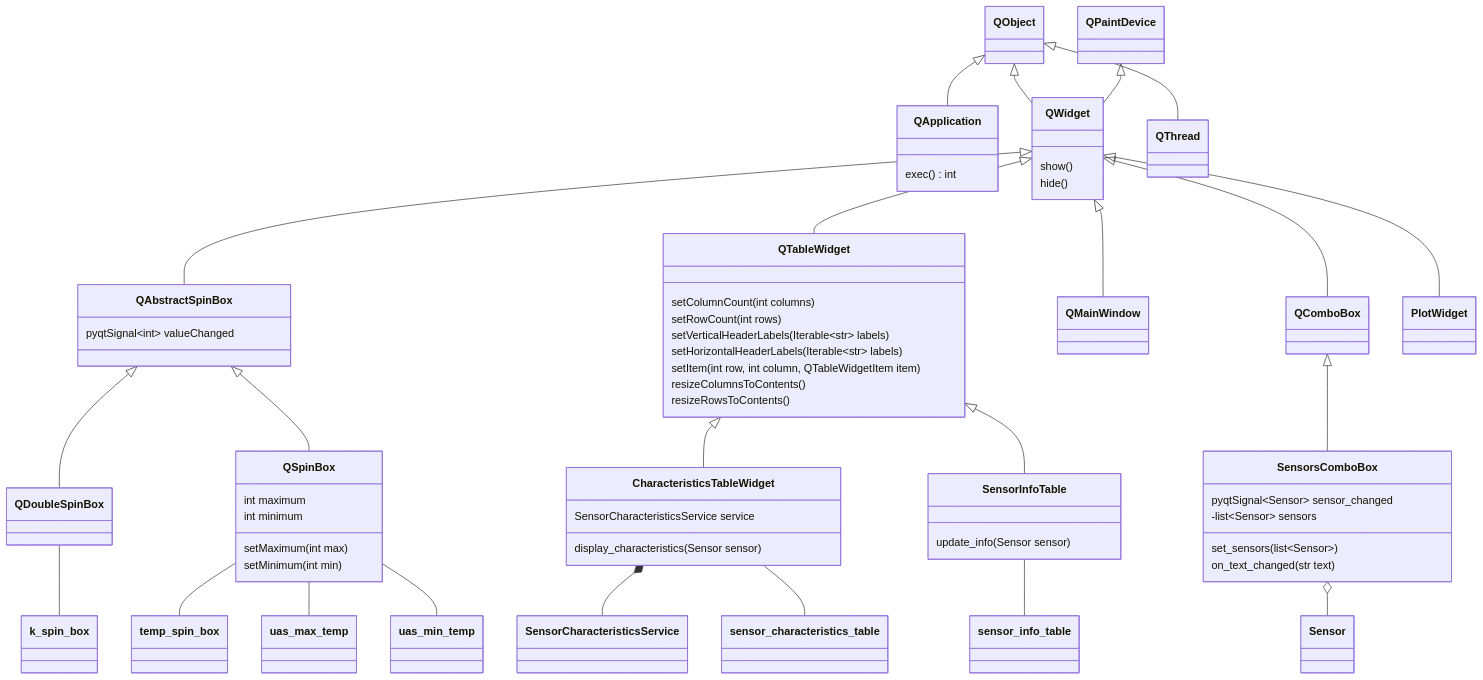
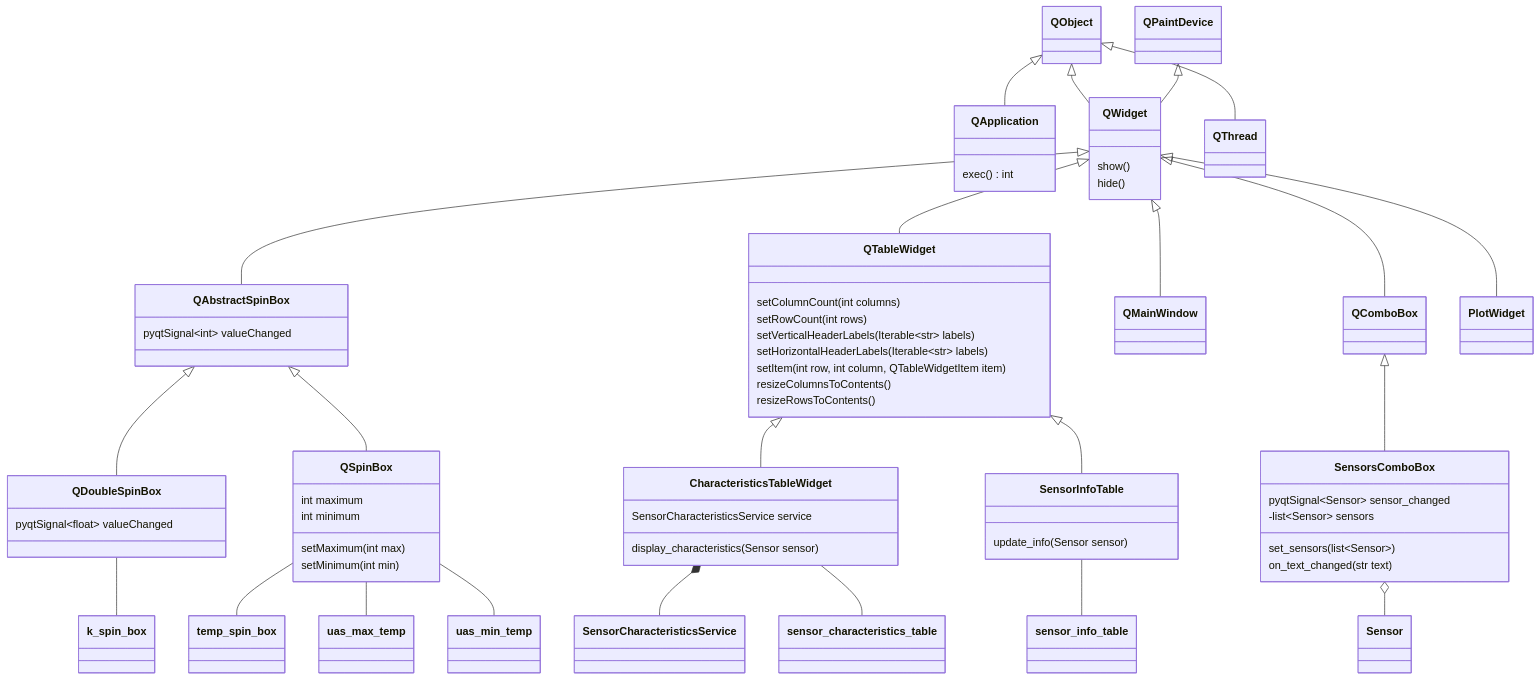
One commit to Marik28/dissertation changed the seventh of 7 diagrams in data/diagrams/диаграмма классов.md. Above: the diagram before and after it, drawn with Mermaid. The commit also changed other lines of this file and 2 other files, not shown here.

```diff
--- a/data/diagrams/диаграмма классов.md
+++ b/data/diagrams/диаграмма классов.md
@@ -411,8 +433,10 @@
         resizeRowsToContents()
     }
     
+    class QDoubleSpinBox {
+        pyqtSignal~float~ valueChanged
+    } 
     class QMainWindow
-    class QDoubleSpinBox 
     class k_spin_box
     class temp_spin_box
     class sensor_characteristics_table
```
